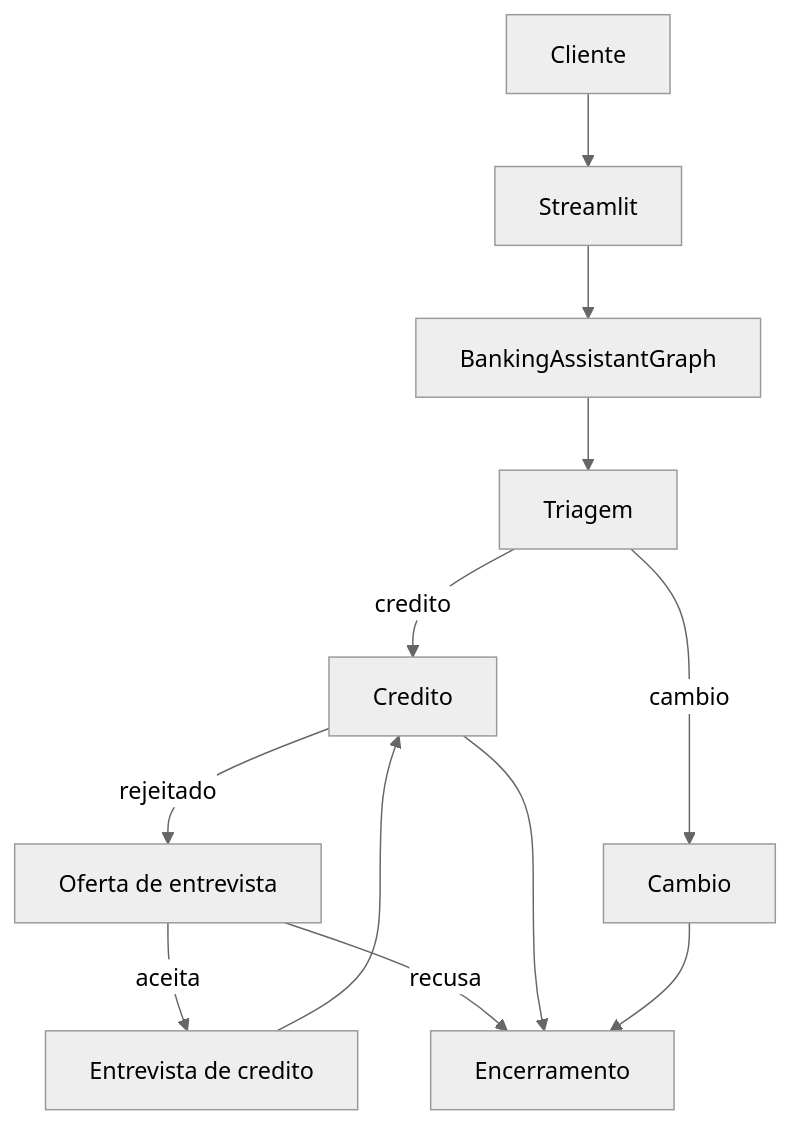
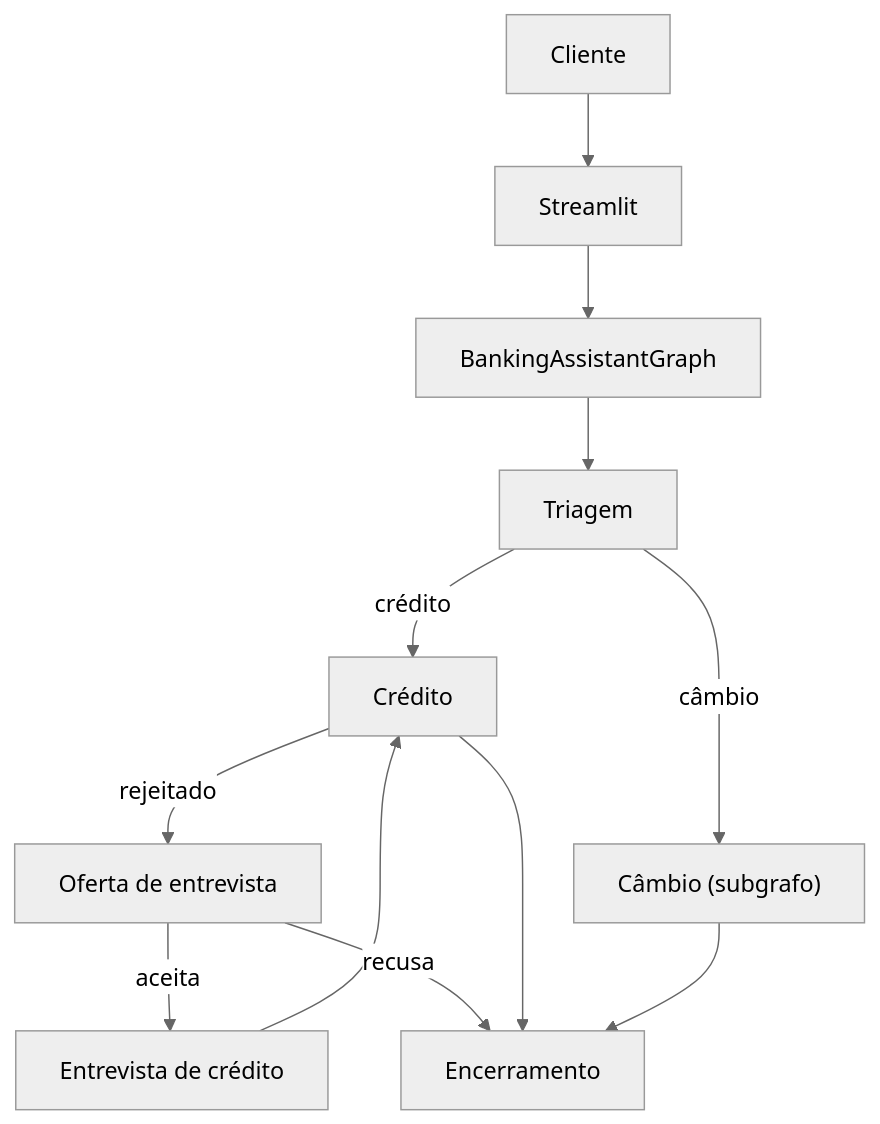
One commit to biancamartello/challenge_consultor_tech4h changed the diagram in .specs/features/banking-assistant/design.md. Above: the diagram before and after it, drawn with Mermaid (neutral theme). The commit also changed other lines of this file and 9 other files, not shown here.

First line of the commit message:
Rewrite README and specs in proper pt-BR, reflecting current architecture

````diff
--- a/.specs/features/banking-assistant/design.md
+++ b/.specs/features/banking-assistant/design.md
@@ -25,14 +26,14 @@
 ```mermaid
 flowchart TD
     cliente["Cliente"] --> streamlitUi["Streamlit"]
     streamlitUi --> bankingAssistant["BankingAssistantGraph"]
     bankingAssistant --> triageNode["Triagem"]
-    triageNode -->|"credito"| creditNode["Credito"]
-    triageNode -->|"cambio"| exchangeNode["Cambio"]
+    triageNode -->|"crédito"| creditNode["Crédito"]
+    triageNode -->|"câmbio"| exchangeNode["Câmbio (subgrafo)"]
     creditNode -->|"rejeitado"| offerNode["Oferta de entrevista"]
-    offerNode -->|"aceita"| interviewNode["Entrevista de credito"]
+    offerNode -->|"aceita"| interviewNode["Entrevista de crédito"]
     offerNode -->|"recusa"| endNode["Encerramento"]
     interviewNode --> creditNode
     creditNode --> endNode
     exchangeNode --> endNode
 ```
````
